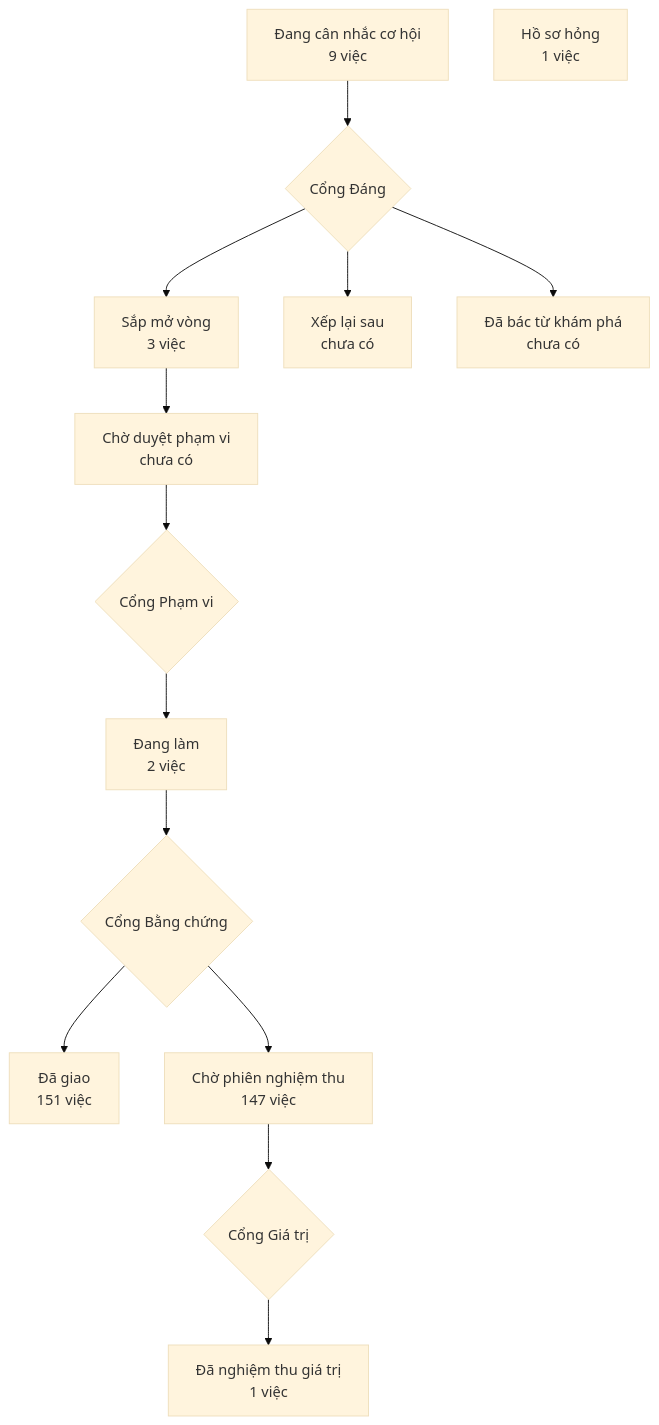
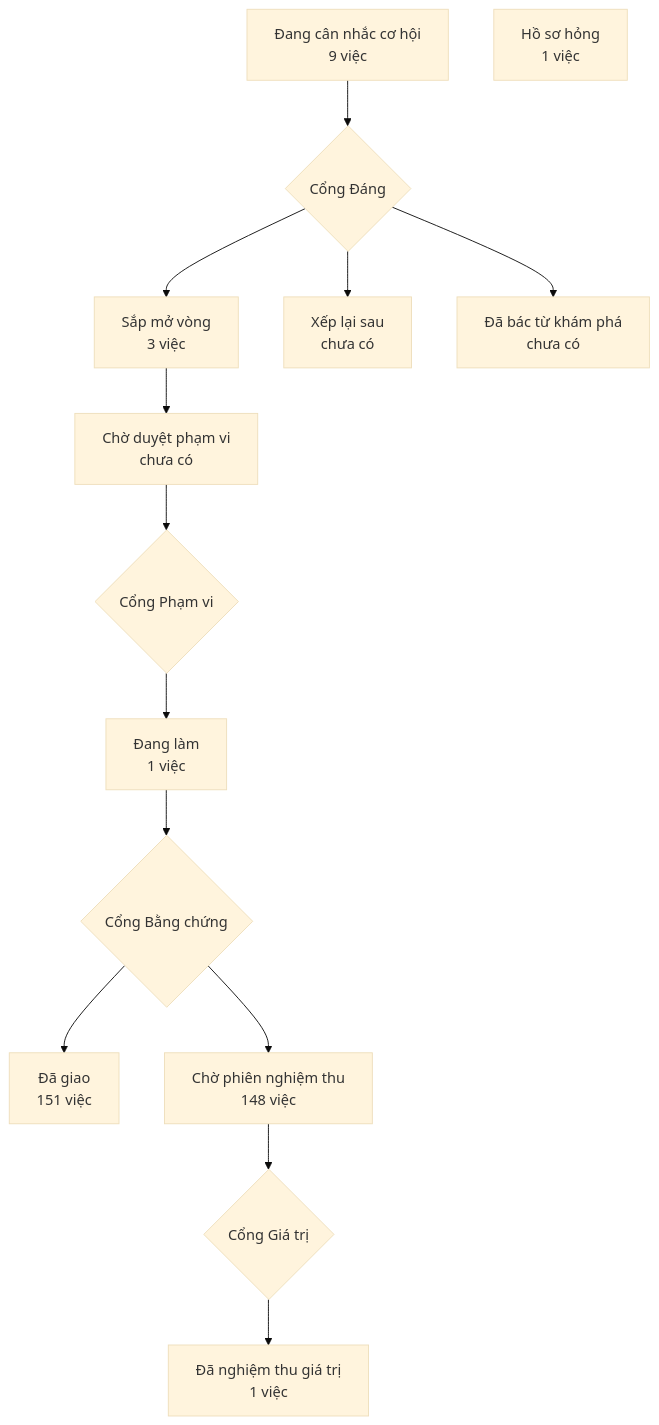
One commit to phanlemanh/crm-onehub changed the diagram in PRODUCT-MAP.md. Above: the diagram before and after it, drawn with Mermaid (base theme). The commit also changed 4 other files, not shown here.

````diff
--- a/PRODUCT-MAP.md
+++ b/PRODUCT-MAP.md
@@ -7,13 +7,13 @@
 ```mermaid
 flowchart TD
   A["Đang cân nhắc cơ hội<br/>9 việc"] --> GD{"Cổng Đáng"}
   GD --> B["Sắp mở vòng<br/>3 việc"]
   GD --> XL["Xếp lại sau<br/>chưa có"]
   GD --> DB["Đã bác từ khám phá<br/>chưa có"]
   B --> CD["Chờ duyệt phạm vi<br/>chưa có"] --> GP{"Cổng Phạm vi"}
-  GP --> DL["Đang làm<br/>2 việc"] --> GB{"Cổng Bằng chứng"}
+  GP --> DL["Đang làm<br/>1 việc"] --> GB{"Cổng Bằng chứng"}
   GB --> DG["Đã giao<br/>151 việc"]
-  GB --> CN["Chờ phiên nghiệm thu<br/>147 việc"] --> GG{"Cổng Giá trị"}
+  GB --> CN["Chờ phiên nghiệm thu<br/>148 việc"] --> GG{"Cổng Giá trị"}
   GG --> NT["Đã nghiệm thu giá trị<br/>1 việc"]
   HS["Hồ sơ hỏng<br/>1 việc"]
 ```
````
